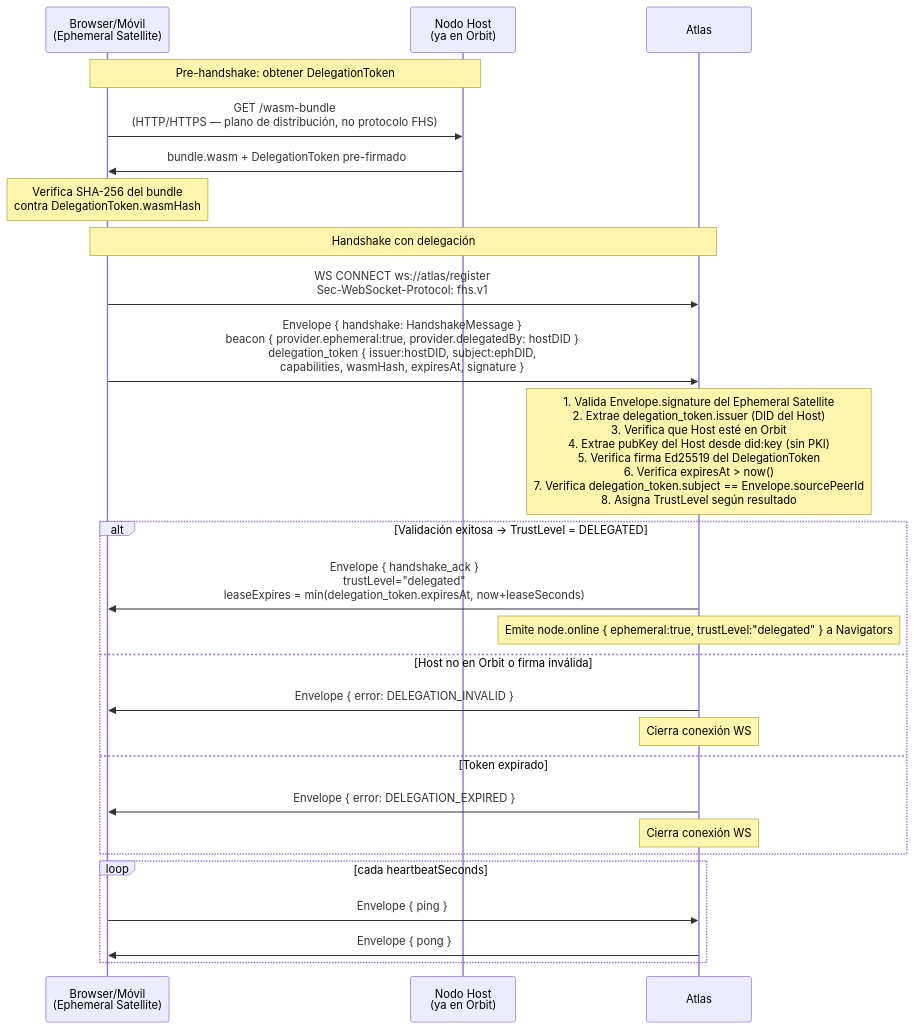
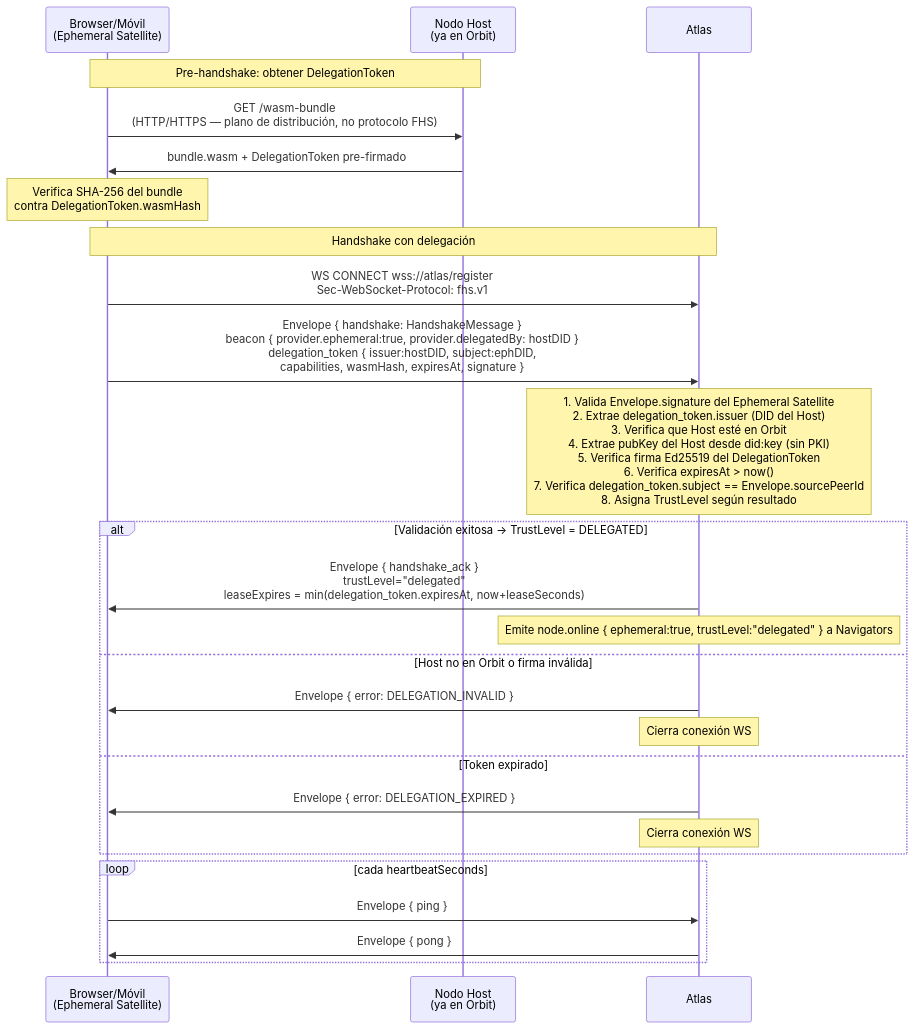
The second of 3 diagrams in protocol/handshake.md (rafex/galaxIA), drawn with Mermaid before and after one commit. The commit also changed other lines of this file and 13 other files, not shown here.

First line of the commit message:
chore(protocol): mandar WSS obligatorio en todo el protocolo FHS

````diff
--- a/protocol/handshake.md
+++ b/protocol/handshake.md
@@ -36,36 +36,36 @@
 ```mermaid
 sequenceDiagram
     participant B as Browser/Móvil<br/>(Ephemeral Satellite)
     participant H as Nodo Host<br/>(ya en Orbit)
     participant A as Atlas
 
     note over B,H: Pre-handshake: obtener DelegationToken
 
     B->>H: GET /wasm-bundle<br/>(HTTP/HTTPS — plano de distribución, no protocolo FHS)
     H->>B: bundle.wasm + DelegationToken pre-firmado
     note over B: Verifica SHA-256 del bundle<br/>contra DelegationToken.wasmHash
 
     note over B,A: Handshake con delegación
 
-    B->>A: WS CONNECT ws://atlas/register<br/>Sec-WebSocket-Protocol: fhs.v1
+    B->>A: WS CONNECT wss://atlas/register<br/>Sec-WebSocket-Protocol: fhs.v1
 
     B->>A: Envelope { handshake: HandshakeMessage }<br/>beacon { provider.ephemeral:true, provider.delegatedBy: hostDID }<br/>delegation_token { issuer:hostDID, subject:ephDID,<br/>capabilities, wasmHash, expiresAt, signature }
 
     note over A: 1. Valida Envelope.signature del Ephemeral Satellite<br/>2. Extrae delegation_token.issuer (DID del Host)<br/>3. Verifica que Host esté en Orbit<br/>4. Extrae pubKey del Host desde did:key (sin PKI)<br/>5. Verifica firma Ed25519 del DelegationToken<br/>6. Verifica expiresAt > now()<br/>7. Verifica delegation_token.subject == Envelope.sourcePeerId<br/>8. Asigna TrustLevel según resultado
 
     alt Validación exitosa → TrustLevel = DELEGATED
         A->>B: Envelope { handshake_ack }<br/>trustLevel="delegated"<br/>leaseExpires = min(delegation_token.expiresAt, now+leaseSeconds)
         note over A: Emite node.online { ephemeral:true, trustLevel:"delegated" } a Navigators
     else Host no en Orbit o firma inválida
         A->>B: Envelope { error: DELEGATION_INVALID }
         note over A: Cierra conexión WS
     else Token expirado
         A->>B: Envelope { error: DELEGATION_EXPIRED }
         note over A: Cierra conexión WS
     end
 
     loop cada heartbeatSeconds
         B->>A: Envelope { ping }
         A->>B: Envelope { pong }
     end
 ```
````
